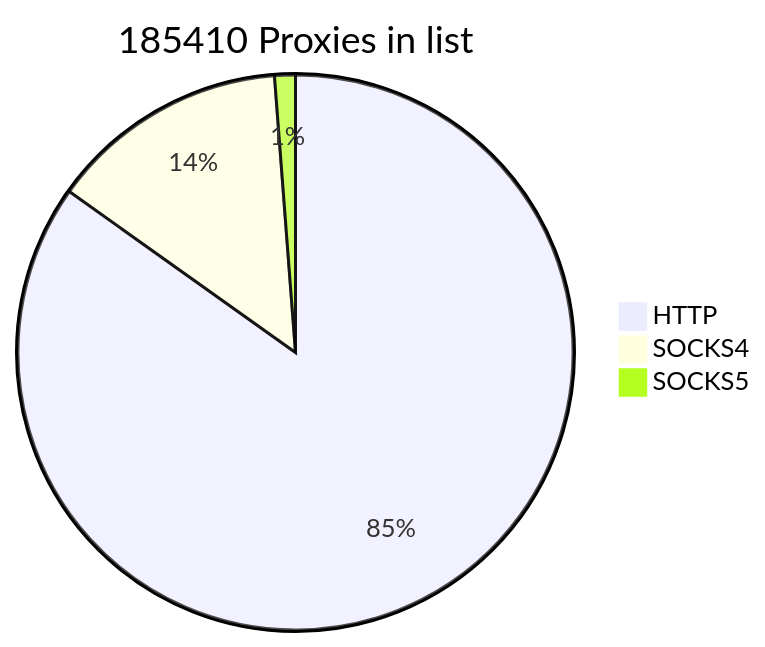
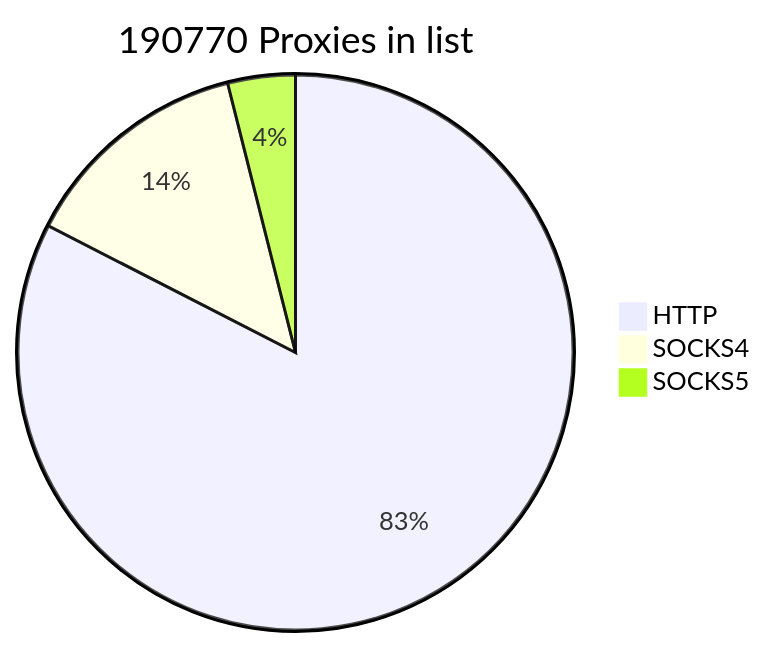
One commit to cutipu/proxylist changed the first of 2 diagrams in README.md. Above: the diagram before and after it, drawn with Mermaid. The commit also changed other lines of this file, not shown here.

````diff
--- a/README.md
+++ b/README.md
@@ -2,7 +2,7 @@
 ```mermaid
-pie title 185410 Proxies in list
-    "HTTP" : 157315
-    "SOCKS4" : 25854
-    "SOCKS5" : 2241
+pie title 190770 Proxies in list
+    "HTTP" : 157459
+    "SOCKS4" : 25815
+    "SOCKS5" : 7496
             
 ```
````
